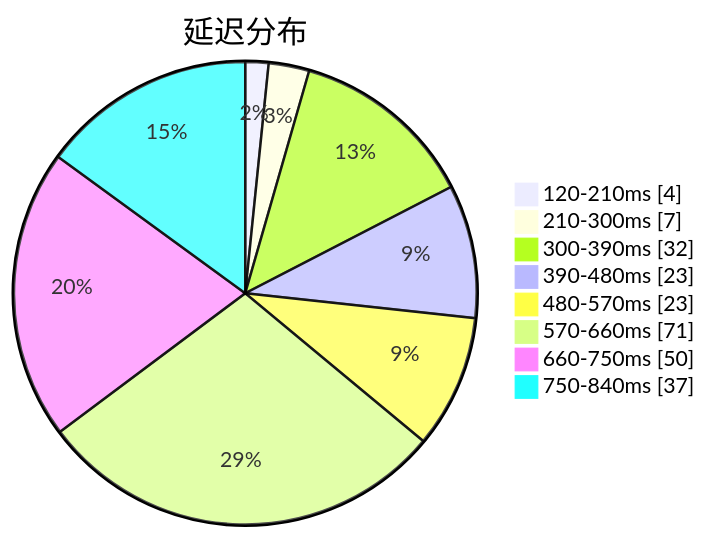
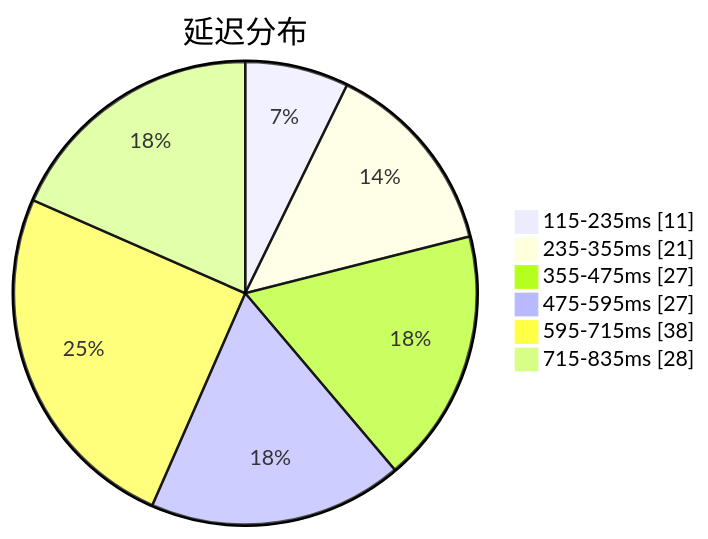
Before and after one commit to sinspired/airport: the first of 3 diagrams in subs/statistics/tested_within.md, drawn with Mermaid. The commit also changed other lines of this file and 2 other files, not shown here.

````diff
--- a/subs/statistics/tested_within.md
+++ b/subs/statistics/tested_within.md
@@ -2,12 +2,10 @@
 ```mermaid
 pie showData
 title 延迟分布
-"120-210ms" : 4
-"210-300ms" : 7
-"300-390ms" : 32
-"390-480ms" : 23
-"480-570ms" : 23
-"570-660ms" : 71
-"660-750ms" : 50
-"750-840ms" : 37
+"115-235ms" : 11
+"235-355ms" : 21
+"355-475ms" : 27
+"475-595ms" : 27
+"595-715ms" : 38
+"715-835ms" : 28
 ```
````
